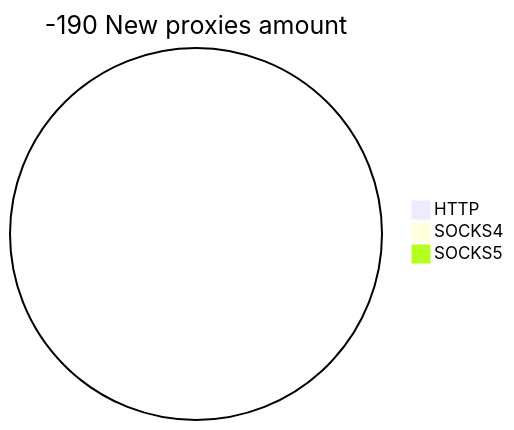
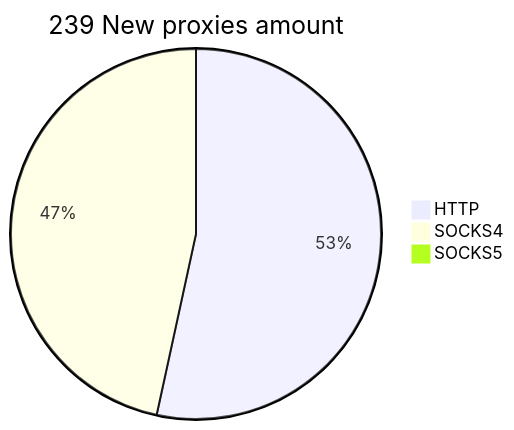
One commit to cutipu/proxylist changed the second of 2 diagrams in README.md. Above: the diagram before and after it, drawn with Mermaid. The commit also changed other lines of this file, not shown here.

````diff
--- a/README.md
+++ b/README.md
@@ -10,6 +10,6 @@
 ```mermaid
-pie title -190 New proxies amount
-    "HTTP" : 0
-    "SOCKS4" : 0
+pie title 239 New proxies amount
+    "HTTP" : 141
+    "SOCKS4" : 123
     "SOCKS5" : 0
 ```
````
